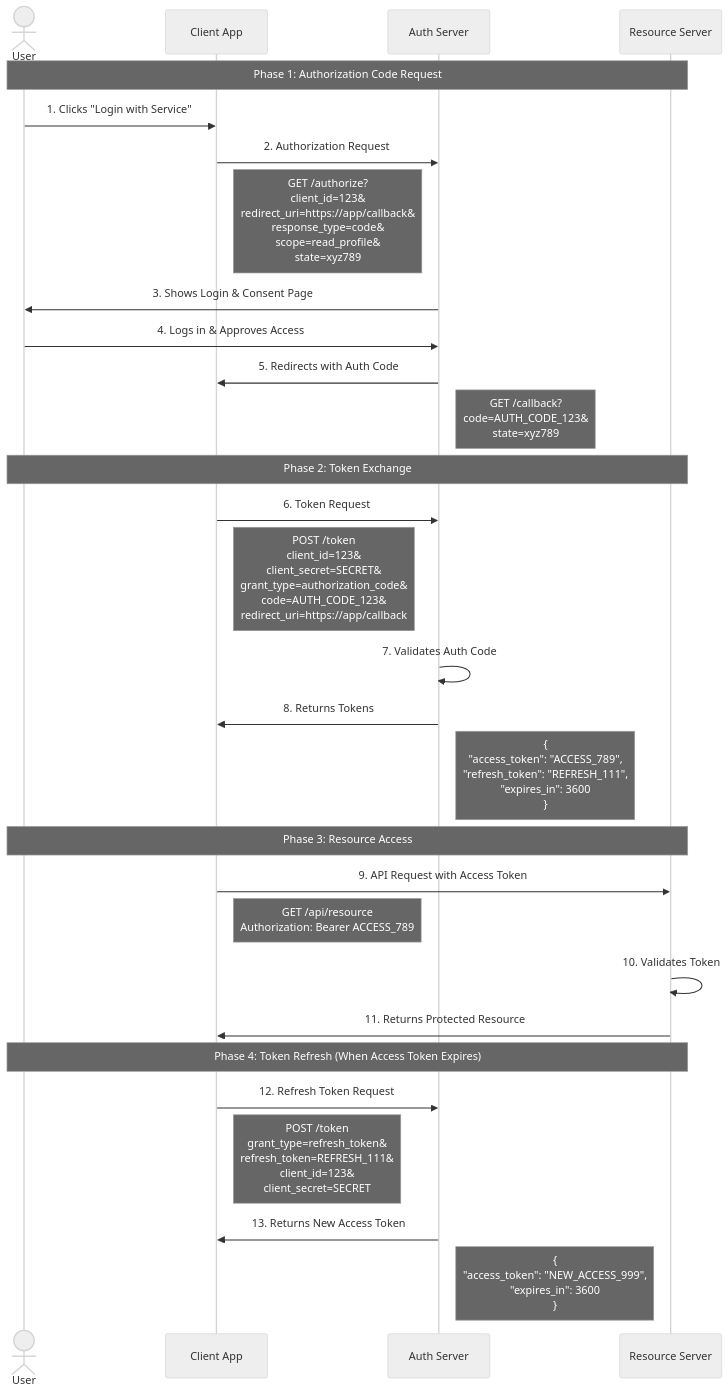
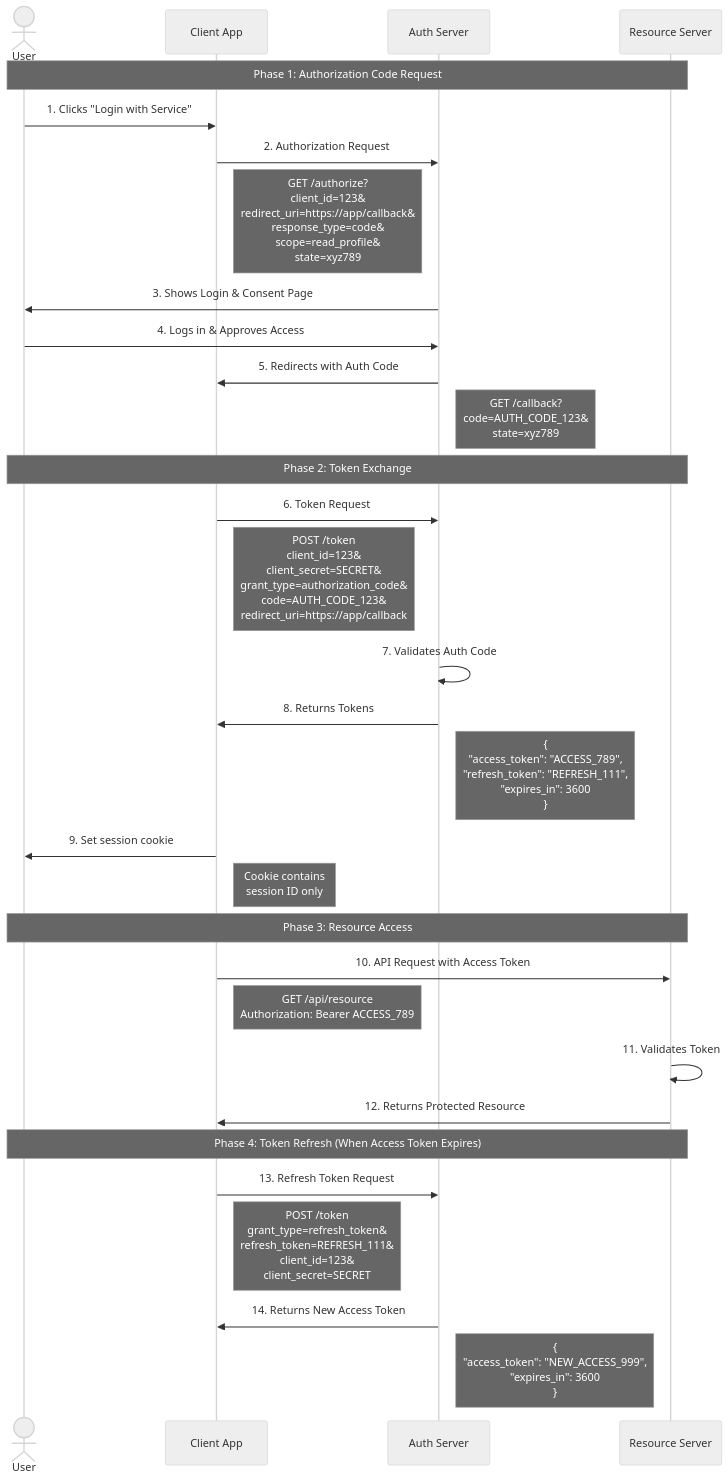
One commit to nohzafk/nohzafk.github.io changed the first of 4 diagrams in content/posts/2024-11-04-notes-on-oauth-2-0.md. Above: the diagram before and after it, drawn with Mermaid (neutral theme). The commit also changed other lines of this file, not shown here.

Commit message:
2024-11-04-notes-on-oauth-2-0.md

````diff
--- a/content/posts/2024-11-04-notes-on-oauth-2-0.md
+++ b/content/posts/2024-11-04-notes-on-oauth-2-0.md
@@ -25,35 +25,37 @@
 ```mermaid
 sequenceDiagram
     actor U as User
     participant C as Client App
     participant AS as Auth Server
     participant RS as Resource Server
 
     note over U,RS: Phase 1: Authorization Code Request
     U->>C: 1. Clicks "Login with Service"
     C->>AS: 2. Authorization Request
     Note right of C: GET /authorize?<br/>client_id=123&<br/>redirect_uri=https://app/callback&<br/>response_type=code&<br/>scope=read_profile&<br/>state=xyz789
     AS->>U: 3. Shows Login & Consent Page
     U->>AS: 4. Logs in & Approves Access
     AS->>C: 5. Redirects with Auth Code
     Note right of AS: GET /callback?<br/>code=AUTH_CODE_123&<br/>state=xyz789
 
     note over U,RS: Phase 2: Token Exchange
     C->>AS: 6. Token Request
     Note right of C: POST /token<br/>client_id=123&<br/>client_secret=SECRET&<br/>grant_type=authorization_code&<br/>code=AUTH_CODE_123&<br/>redirect_uri=https://app/callback
     AS->>AS: 7. Validates Auth Code
     AS->>C: 8. Returns Tokens
     Note right of AS: {<br/>"access_token": "ACCESS_789",<br/>"refresh_token": "REFRESH_111",<br/>"expires_in": 3600<br/>}
-
+    C->>U: 9. Set session cookie
+    Note right of C: Cookie contains<br/>session ID only
+    
     note over U,RS: Phase 3: Resource Access
-    C->>RS: 9. API Request with Access Token
+    C->>RS: 10. API Request with Access Token
     Note right of C: GET /api/resource<br/>Authorization: Bearer ACCESS_789
-    RS->>RS: 10. Validates Token
-    RS->>C: 11. Returns Protected Resource
+    RS->>RS: 11. Validates Token
+    RS->>C: 12. Returns Protected Resource
     
     note over U,RS: Phase 4: Token Refresh (When Access Token Expires)
-    C->>AS: 12. Refresh Token Request
+    C->>AS: 13. Refresh Token Request
     Note right of C: POST /token<br/>grant_type=refresh_token&<br/>refresh_token=REFRESH_111&<br/>client_id=123&<br/>client_secret=SECRET
-    AS->>C: 13. Returns New Access Token
+    AS->>C: 14. Returns New Access Token
     Note right of AS: {<br/>"access_token": "NEW_ACCESS_999",<br/>"expires_in": 3600<br/>}
 ```
````
